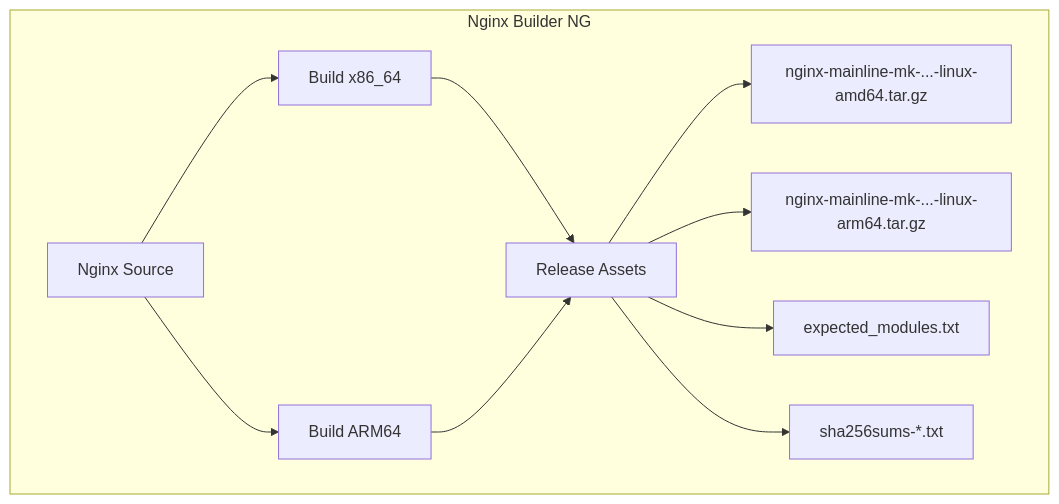
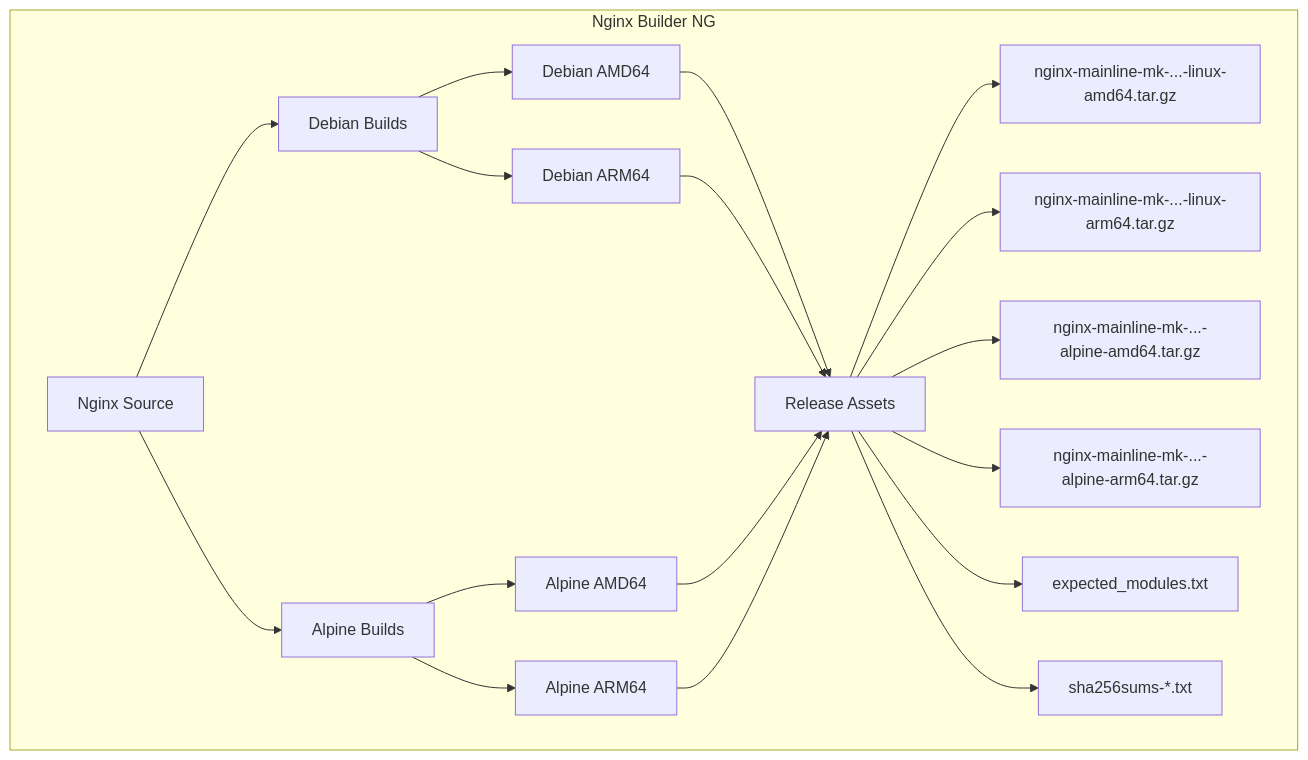
One commit to markd3ng/nginx-builder-ng changed the diagram in README.md. Above: the diagram before and after it, drawn with Mermaid. The commit also changed other lines of this file and 33 other files, not shown here.

First line of the commit message:
feat: Complete Alpine Linux build support implementation

````diff
--- a/README.md
+++ b/README.md
@@ -45,15 +46,25 @@
 ```mermaid
 graph TD
     subgraph "Nginx Builder NG"
-        Code[Nginx Source] --> Build_x86[Build x86_64]
-        Code --> Build_ARM[Build ARM64]
+        Code[Nginx Source] --> Build_Debian[Debian Builds]
+        Code --> Build_Alpine[Alpine Builds]
         
-        Build_x86 --> Assets[Release Assets]
-        Build_ARM --> Assets
+        Build_Debian --> Build_x86_deb[Debian AMD64]
+        Build_Debian --> Build_ARM_deb[Debian ARM64]
         
-        Assets --> TarX86[nginx-mainline-mk-...-linux-amd64.tar.gz]
-        Assets --> TarARM[nginx-mainline-mk-...-linux-arm64.tar.gz]
+        Build_Alpine --> Build_x86_alp[Alpine AMD64]
+        Build_Alpine --> Build_ARM_alp[Alpine ARM64]
+        
+        Build_x86_deb --> Assets[Release Assets]
+        Build_ARM_deb --> Assets
+        Build_x86_alp --> Assets
+        Build_ARM_alp --> Assets
+        
+        Assets --> TarDebX86[nginx-mainline-mk-...-linux-amd64.tar.gz]
+        Assets --> TarDebARM[nginx-mainline-mk-...-linux-arm64.tar.gz]
+        Assets --> TarAlpX86[nginx-mainline-mk-...-alpine-amd64.tar.gz]
+        Assets --> TarAlpARM[nginx-mainline-mk-...-alpine-arm64.tar.gz]
         Assets --> ModList[expected_modules.txt]
         Assets --> Checksums[sha256sums-*.txt]
     end
 ```
````
